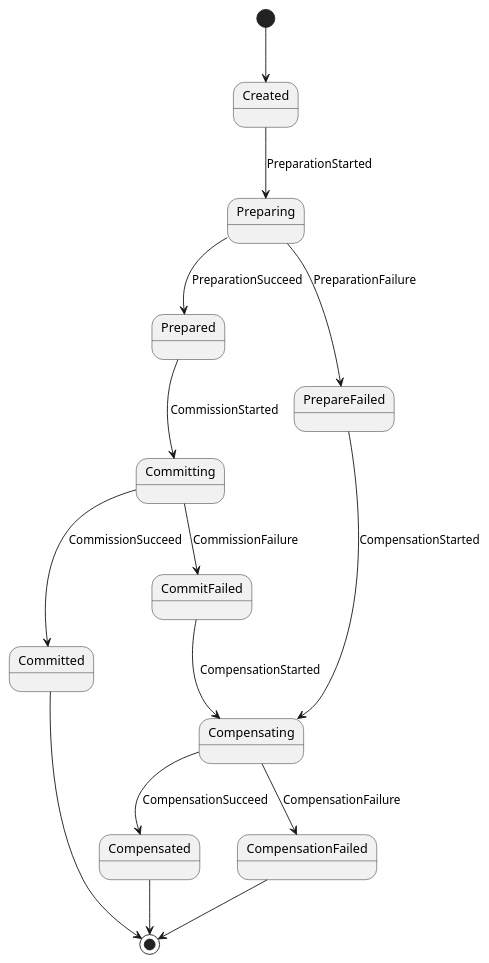
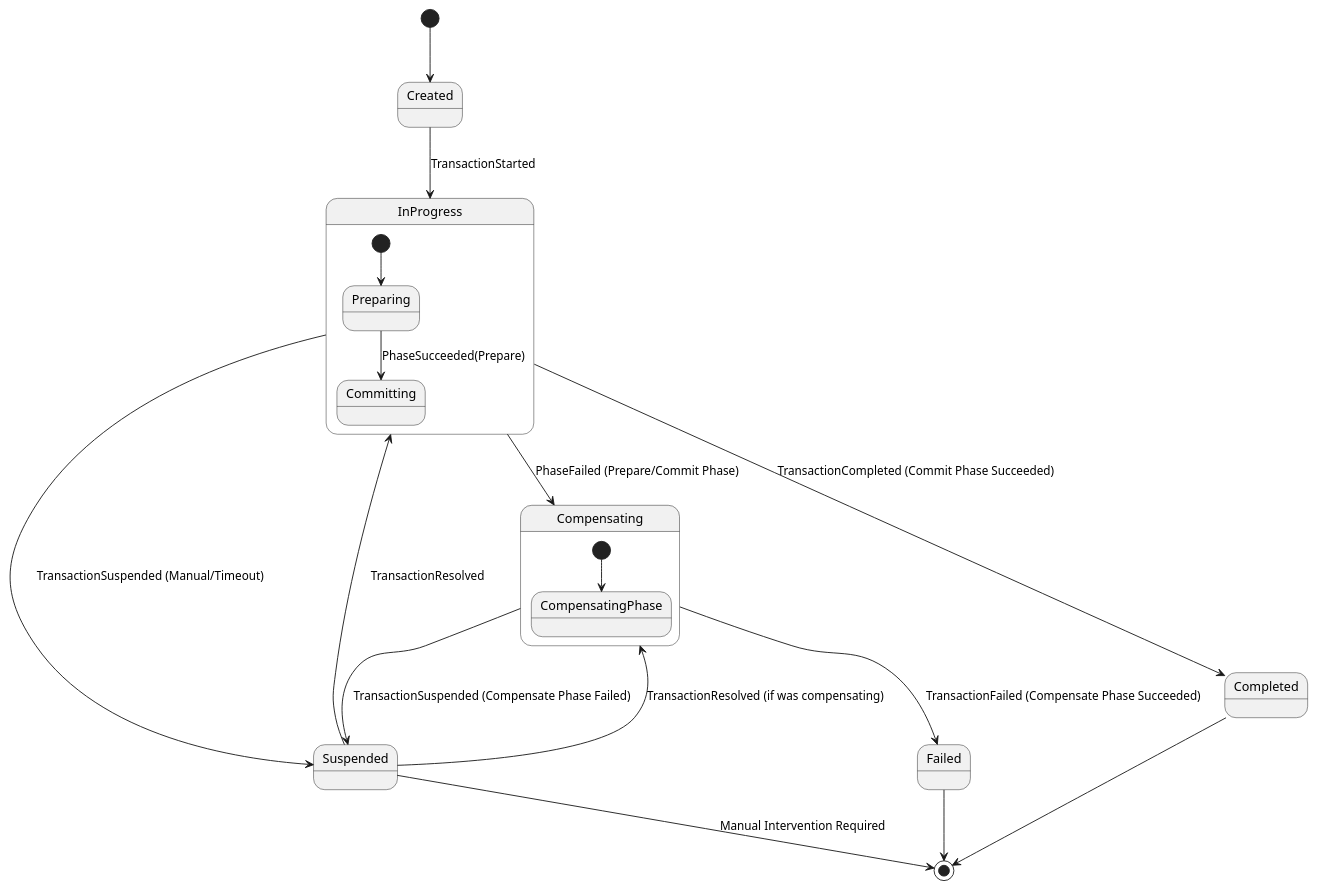
The third of 3 diagrams in docs/saga_lifecycle.puml (MadPolaris/playAkkaCQRS), drawn with PlantUML before and after one commit. The commit also changed 13 other files, not shown here.

```diff
--- a/docs/saga_lifecycle.puml
+++ b/docs/saga_lifecycle.puml
@@ -40,18 +40,31 @@
 @startuml
-' Saga Transaction Coordinator lifecycle
+' Saga Transaction Coordinator lifecycle (Status transitions)
 [*] --> Created
-Created --> Preparing: PreparationStarted
-Preparing --> Prepared: PreparationSucceed
-Prepared --> Committing: CommissionStarted
-Committing --> Committed: CommissionSucceed
-Preparing --> PrepareFailed: PreparationFailure
-PrepareFailed --> Compensating: CompensationStarted
-Committing --> CommitFailed: CommissionFailure
-CommitFailed --> Compensating: CompensationStarted
-Compensating --> Compensated: CompensationSucceed
-Compensating --> CompensationFailed: CompensationFailure
 
-Committed --> [*]
-Compensated --> [*]
-CompensationFailed --> [*]
+state Created
+state InProgress {
+  [*] --> Preparing
+  Preparing --> Committing : PhaseSucceeded(Prepare)
+}
+
+state Compensating {
+  [*] --> CompensatingPhase
+}
+
+state Suspended
+state Completed
+state Failed
+
+Created --> InProgress : TransactionStarted
+InProgress --> Completed : TransactionCompleted (Commit Phase Succeeded)
+InProgress --> Compensating : PhaseFailed (Prepare/Commit Phase)
+Compensating --> Failed : TransactionFailed (Compensate Phase Succeeded)
+Compensating --> Suspended : TransactionSuspended (Compensate Phase Failed)
+InProgress --> Suspended : TransactionSuspended (Manual/Timeout)
+Suspended --> InProgress : TransactionResolved
+Suspended --> Compensating : TransactionResolved (if was compensating)
+
+Completed --> [*]
+Failed --> [*]
+Suspended --> [*] : Manual Intervention Required
 @enduml
```
